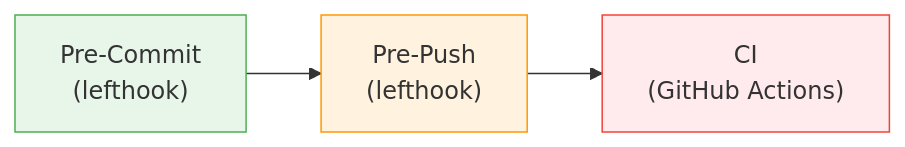
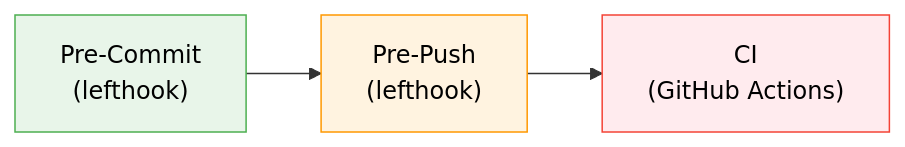
The diagram in site/src/content/docs/reference/validation-reference.md (jonathan-vella/apex), drawn with Mermaid before and after one commit. The commit also changed other lines of this file and 143 other files, not shown here.

First line of the commit message:
docs(site): add how-it-works and prompt-guide pages with hero images and delegation graph

````diff
--- a/site/src/content/docs/reference/validation-reference.md
+++ b/site/src/content/docs/reference/validation-reference.md
@@ -12,8 +12,8 @@
 ```mermaid
 flowchart LR
     A["Pre-Commit<br/>(lefthook)"] --> B["Pre-Push<br/>(lefthook)"]
     B --> C["CI<br/>(GitHub Actions)"]
-    style A fill:#e8f5e9,stroke:#4caf50
-    style B fill:#fff3e0,stroke:#ff9800
-    style C fill:#ffebee,stroke:#f44336
+    style A fill:#e8f5e9,stroke:#4caf50,color:#000
+    style B fill:#fff3e0,stroke:#ff9800,color:#000
+    style C fill:#ffebee,stroke:#f44336,color:#000
 ```
````
